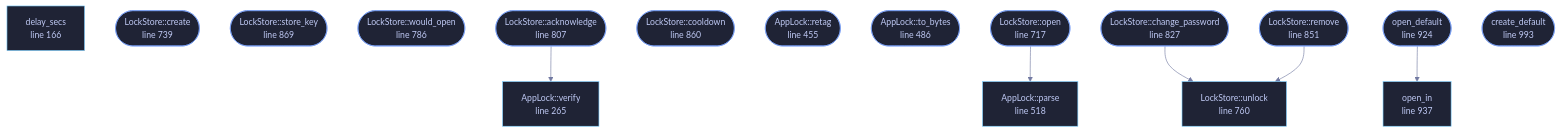
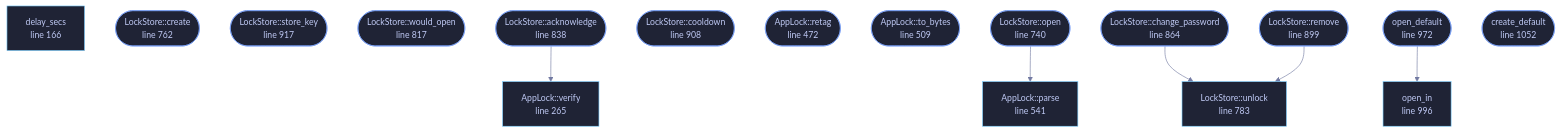
One commit to tilas01/veilvoice changed the diagram in wiki/File-veilvoice-crypto-lock.md. Above: the diagram before and after it, drawn with Mermaid. The commit also changed other lines of this file and 61 other files, not shown here.

````diff
--- a/wiki/File-veilvoice-crypto-lock.md
+++ b/wiki/File-veilvoice-crypto-lock.md
@@ -196,57 +197,57 @@
 ```mermaid
 %%{init: {"theme":"base","themeVariables":{"background":"#1a1b26","primaryColor":"#1f2335","primaryTextColor":"#c0caf5","primaryBorderColor":"#7aa2f7","secondaryColor":"#16161e","tertiaryColor":"#16161e","lineColor":"#737aa2","textColor":"#c0caf5","mainBkg":"#1f2335","nodeBorder":"#7aa2f7","clusterBkg":"#16161e","clusterBorder":"#2f3549","fontFamily":"ui-monospace, SFMono-Regular, Consolas, monospace","fontSize":"14px"}}}%%
 flowchart TD
     n_delay_secs["delay_secs<br/>line 166"]
     n_create(["AppLock::create<br/>line 223"])
     n_store_key(["AppLock::store_key<br/>line 255"])
     n_verify["AppLock::verify<br/>line 265"]
-    n_would_open(["AppLock::would_open<br/>line 319"])
-    n_acknowledge(["AppLock::acknowledge<br/>line 354"])
-    n_cooldown(["AppLock::cooldown<br/>line 392"])
-    n_retag(["AppLock::retag<br/>line 455"])
-    n_to_bytes(["AppLock::to_bytes<br/>line 486"])
-    n_parse["AppLock::parse<br/>line 518"]
-    n_open(["LockStore::open<br/>line 717"])
-    n_create(["LockStore::create<br/>line 739"])
-    n_unlock["LockStore::unlock<br/>line 760"]
-    n_would_open(["LockStore::would_open<br/>line 786"])
-    n_acknowledge(["LockStore::acknowledge<br/>line 807"])
-    n_change_password(["LockStore::change_password<br/>line 827"])
-    n_remove(["LockStore::remove<br/>line 851"])
-    n_cooldown(["LockStore::cooldown<br/>line 860"])
-    n_store_key(["LockStore::store_key<br/>line 869"])
-    n_open_default(["open_default<br/>line 924"])
-    n_open_in["open_in<br/>line 937"]
-    n_create_default(["create_default<br/>line 993"])
+    n_would_open(["AppLock::would_open<br/>line 336"])
+    n_acknowledge(["AppLock::acknowledge<br/>line 371"])
+    n_cooldown(["AppLock::cooldown<br/>line 409"])
+    n_retag(["AppLock::retag<br/>line 472"])
+    n_to_bytes(["AppLock::to_bytes<br/>line 509"])
+    n_parse["AppLock::parse<br/>line 541"]
+    n_open(["LockStore::open<br/>line 740"])
+    n_create(["LockStore::create<br/>line 762"])
+    n_unlock["LockStore::unlock<br/>line 783"]
+    n_would_open(["LockStore::would_open<br/>line 817"])
+    n_acknowledge(["LockStore::acknowledge<br/>line 838"])
+    n_change_password(["LockStore::change_password<br/>line 864"])
+    n_remove(["LockStore::remove<br/>line 899"])
+    n_cooldown(["LockStore::cooldown<br/>line 908"])
+    n_store_key(["LockStore::store_key<br/>line 917"])
+    n_open_default(["open_default<br/>line 972"])
+    n_open_in["open_in<br/>line 996"]
+    n_create_default(["create_default<br/>line 1052"])
     n_acknowledge --> n_verify
     n_change_password --> n_unlock
     n_open --> n_parse
     n_open_default --> n_open_in
     n_remove --> n_unlock
     click n_delay_secs href "https://github.com/tilas01/veilvoice/blob/main/crates/veilvoice-crypto/src/lock.rs#L166" "open the source"
     click n_create href "https://github.com/tilas01/veilvoice/blob/main/crates/veilvoice-crypto/src/lock.rs#L223" "open the source"
     click n_store_key href "https://github.com/tilas01/veilvoice/blob/main/crates/veilvoice-crypto/src/lock.rs#L255" "open the source"
     click n_verify href "https://github.com/tilas01/veilvoice/blob/main/crates/veilvoice-crypto/src/lock.rs#L265" "open the source"
-    click n_would_open href "https://github.com/tilas01/veilvoice/blob/main/crates/veilvoice-crypto/src/lock.rs#L319" "open the source"
-    click n_acknowledge href "https://github.com/tilas01/veilvoice/blob/main/crates/veilvoice-crypto/src/lock.rs#L354" "open the source"
-    click n_cooldown href "https://github.com/tilas01/veilvoice/blob/main/crates/veilvoice-crypto/src/lock.rs#L392" "open the source"
-    click n_retag href "https://github.com/tilas01/veilvoice/blob/main/crates/veilvoice-crypto/src/lock.rs#L455" "open the source"
-    click n_to_bytes href "https://github.com/tilas01/veilvoice/blob/main/crates/veilvoice-crypto/src/lock.rs#L486" "open the source"
-    click n_parse href "https://github.com/tilas01/veilvoice/blob/main/crates/veilvoice-crypto/src/lock.rs#L518" "open the source"
-    click n_open href "https://github.com/tilas01/veilvoice/blob/main/crates/veilvoice-crypto/src/lock.rs#L717" "open the source"
-    click n_create href "https://github.com/tilas01/veilvoice/blob/main/crates/veilvoice-crypto/src/lock.rs#L739" "open the source"
-    click n_unlock href "https://github.com/tilas01/veilvoice/blob/main/crates/veilvoice-crypto/src/lock.rs#L760" "open the source"
-    click n_would_open href "https://github.com/tilas01/veilvoice/blob/main/crates/veilvoice-crypto/src/lock.rs#L786" "open the source"
-    click n_acknowledge href "https://github.com/tilas01/veilvoice/blob/main/crates/veilvoice-crypto/src/lock.rs#L807" "open the source"
-    click n_change_password href "https://github.com/tilas01/veilvoice/blob/main/crates/veilvoice-crypto/src/lock.rs#L827" "open the source"
-    click n_remove href "https://github.com/tilas01/veilvoice/blob/main/crates/veilvoice-crypto/src/lock.rs#L851" "open the source"
-    click n_cooldown href "https://github.com/tilas01/veilvoice/blob/main/crates/veilvoice-crypto/src/lock.rs#L860" "open the source"
-    click n_store_key href "https://github.com/tilas01/veilvoice/blob/main/crates/veilvoice-crypto/src/lock.rs#L869" "open the source"
-    click n_open_default href "https://github.com/tilas01/veilvoice/blob/main/crates/veilvoice-crypto/src/lock.rs#L924" "open the source"
-    click n_open_in href "https://github.com/tilas01/veilvoice/blob/main/crates/veilvoice-crypto/src/lock.rs#L937" "open the source"
-    click n_create_default href "https://github.com/tilas01/veilvoice/blob/main/crates/veilvoice-crypto/src/lock.rs#L993" "open the source"
+    click n_would_open href "https://github.com/tilas01/veilvoice/blob/main/crates/veilvoice-crypto/src/lock.rs#L336" "open the source"
+    click n_acknowledge href "https://github.com/tilas01/veilvoice/blob/main/crates/veilvoice-crypto/src/lock.rs#L371" "open the source"
+    click n_cooldown href "https://github.com/tilas01/veilvoice/blob/main/crates/veilvoice-crypto/src/lock.rs#L409" "open the source"
+    click n_retag href "https://github.com/tilas01/veilvoice/blob/main/crates/veilvoice-crypto/src/lock.rs#L472" "open the source"
+    click n_to_bytes href "https://github.com/tilas01/veilvoice/blob/main/crates/veilvoice-crypto/src/lock.rs#L509" "open the source"
+    click n_parse href "https://github.com/tilas01/veilvoice/blob/main/crates/veilvoice-crypto/src/lock.rs#L541" "open the source"
+    click n_open href "https://github.com/tilas01/veilvoice/blob/main/crates/veilvoice-crypto/src/lock.rs#L740" "open the source"
+    click n_create href "https://github.com/tilas01/veilvoice/blob/main/crates/veilvoice-crypto/src/lock.rs#L762" "open the source"
+    click n_unlock href "https://github.com/tilas01/veilvoice/blob/main/crates/veilvoice-crypto/src/lock.rs#L783" "open the source"
+    click n_would_open href "https://github.com/tilas01/veilvoice/blob/main/crates/veilvoice-crypto/src/lock.rs#L817" "open the source"
+    click n_acknowledge href "https://github.com/tilas01/veilvoice/blob/main/crates/veilvoice-crypto/src/lock.rs#L838" "open the source"
+    click n_change_password href "https://github.com/tilas01/veilvoice/blob/main/crates/veilvoice-crypto/src/lock.rs#L864" "open the source"
+    click n_remove href "https://github.com/tilas01/veilvoice/blob/main/crates/veilvoice-crypto/src/lock.rs#L899" "open the source"
+    click n_cooldown href "https://github.com/tilas01/veilvoice/blob/main/crates/veilvoice-crypto/src/lock.rs#L908" "open the source"
+    click n_store_key href "https://github.com/tilas01/veilvoice/blob/main/crates/veilvoice-crypto/src/lock.rs#L917" "open the source"
+    click n_open_default href "https://github.com/tilas01/veilvoice/blob/main/crates/veilvoice-crypto/src/lock.rs#L972" "open the source"
+    click n_open_in href "https://github.com/tilas01/veilvoice/blob/main/crates/veilvoice-crypto/src/lock.rs#L996" "open the source"
+    click n_create_default href "https://github.com/tilas01/veilvoice/blob/main/crates/veilvoice-crypto/src/lock.rs#L1052" "open the source"
     classDef entry fill:#1f2335,stroke:#7aa2f7,color:#c0caf5
     class n_create,n_store_key,n_would_open,n_acknowledge,n_cooldown,n_retag,n_to_bytes,n_open,n_create,n_would_open,n_acknowledge,n_change_password,n_remove,n_cooldown,n_store_key,n_open_default,n_create_default entry
     classDef api fill:#1f2335,stroke:#7dcfff,color:#c0caf5
     class n_delay_secs,n_verify,n_parse,n_unlock,n_open_in api
 ```
````
